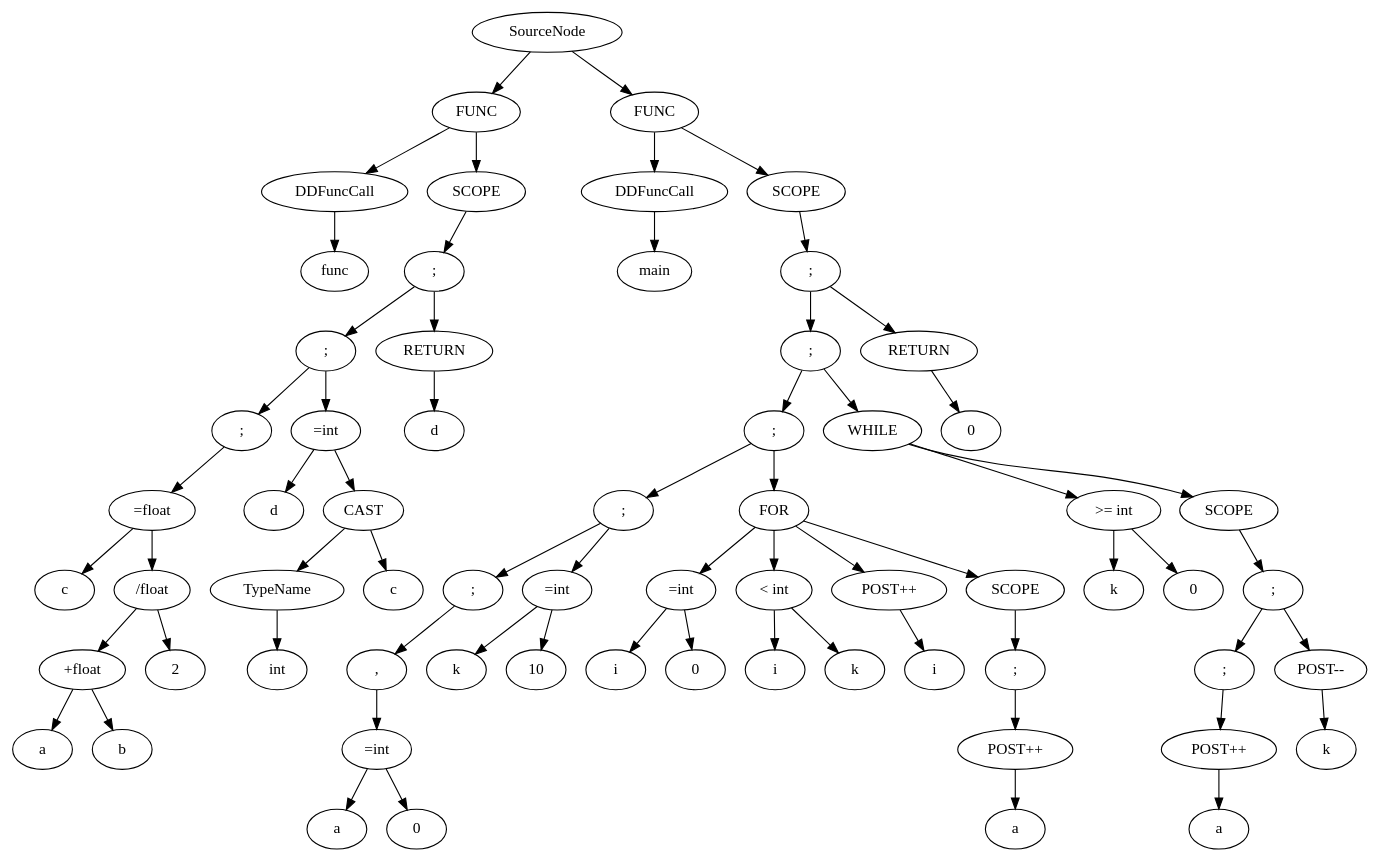
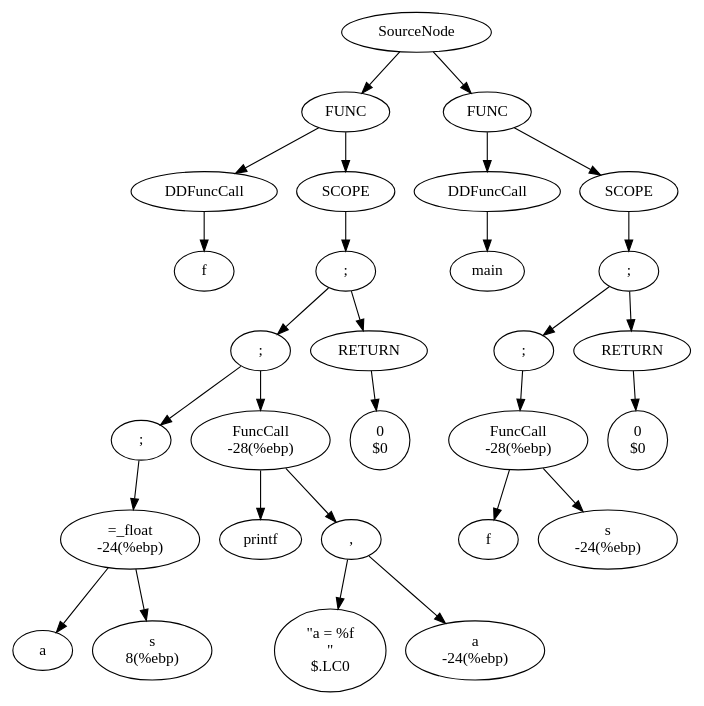
Before and after one commit to SupreethBaliga/Compilers: the diagram in dot/test1.dot, drawn with Graphviz. The commit also changed 5 other files, not shown here.

```diff
--- a/dot/test1.dot
+++ b/dot/test1.dot
@@ -3,271 +3,154 @@
 	node [label="\N"];
 	{
 		graph [rank=same];
-		2		 [label=func];
+		2		 [label="f
+"];
 	}
 	{
 		graph [rank=same];
-		10		 [label=a];
-		11		 [label=b];
-		10 -> 11		 [style=invis];
+		7		 [label="a
+"];
+		8		 [label="s
+8(%ebp)"];
+		7 -> 8		 [style=invis];
 	}
 	{
 		graph [rank=same];
-		12		 [label="+float"];
-		13		 [label=2];
+		9		 [label="=_float
+-24(%ebp)"];
+	}
+	{
+		graph [rank=same];
+		12		 [label="\"a = %f\n\"
+$.LC0"];
+		13		 [label="a
+-24(%ebp)"];
 		12 -> 13		 [style=invis];
 	}
 	{
 		graph [rank=same];
-		9		 [label=c];
-		14		 [label="/float"];
-		9 -> 14		 [style=invis];
+		11		 [label="printf
+"];
+		14		 [label=",
+"];
+		11 -> 14		 [style=invis];
 	}
 	{
 		graph [rank=same];
-		15		 [label="=float"];
+		10		 [label=";
+"];
+		15		 [label="FuncCall
+-28(%ebp)"];
+		10 -> 15		 [style=invis];
 	}
 	{
 		graph [rank=same];
-		19		 [label=int];
+		17		 [label="0
+$0"];
 	}
 	{
 		graph [rank=same];
-		20		 [label=TypeName];
-		21		 [label=c];
-		20 -> 21		 [style=invis];
+		16		 [label=";
+"];
+		18		 [label="RETURN
+"];
+		16 -> 18		 [style=invis];
 	}
 	{
 		graph [rank=same];
-		18		 [label=d];
-		22		 [label=CAST];
-		18 -> 22		 [style=invis];
+		19		 [label=";
+"];
 	}
 	{
 		graph [rank=same];
-		16		 [label=";"];
-		23		 [label="=int"];
-		16 -> 23		 [style=invis];
+		5		 [label="DDFuncCall
+"];
+		20		 [label="SCOPE
+"];
+		5 -> 20		 [style=invis];
 	}
 	{
 		graph [rank=same];
-		25		 [label=d];
+		21		 [label="FUNC
+"];
 	}
 	{
 		graph [rank=same];
-		24		 [label=";"];
-		26		 [label=RETURN];
-		24 -> 26		 [style=invis];
+		23		 [label="main
+"];
 	}
 	{
 		graph [rank=same];
-		27		 [label=";"];
+		27		 [label="f
+"];
+		28		 [label="s
+-24(%ebp)"];
+		27 -> 28		 [style=invis];
 	}
 	{
 		graph [rank=same];
-		7		 [label=DDFuncCall];
-		28		 [label=SCOPE];
-		7 -> 28		 [style=invis];
+		29		 [label="FuncCall
+-28(%ebp)"];
 	}
 	{
 		graph [rank=same];
-		31		 [label=main];
+		31		 [label="0
+$0"];
 	}
 	{
 		graph [rank=same];
-		35		 [label=a];
-		36		 [label=0];
-		35 -> 36		 [style=invis];
+		30		 [label=";
+"];
+		32		 [label="RETURN
+"];
+		30 -> 32		 [style=invis];
 	}
 	{
 		graph [rank=same];
-		37		 [label="=int"];
+		33		 [label=";
+"];
 	}
 	{
 		graph [rank=same];
-		38		 [label=","];
+		24		 [label="DDFuncCall
+"];
+		34		 [label="SCOPE
+"];
+		24 -> 34		 [style=invis];
 	}
 	{
 		graph [rank=same];
-		40		 [label=k];
-		42		 [label=10];
-		40 -> 42		 [style=invis];
+		35		 [label="FUNC
+"];
 	}
-	{
-		graph [rank=same];
-		39		 [label=";"];
-		41		 [label="=int"];
-		39 -> 41		 [style=invis];
-	}
-	{
-		graph [rank=same];
-		45		 [label=i];
-		46		 [label=0];
-		45 -> 46		 [style=invis];
-	}
-	{
-		graph [rank=same];
-		48		 [label=i];
-		49		 [label=k];
-		48 -> 49		 [style=invis];
-	}
-	{
-		graph [rank=same];
-		51		 [label=i];
-	}
-	{
-		graph [rank=same];
-		53		 [label=a];
-	}
-	{
-		graph [rank=same];
-		54		 [label="POST++"];
-	}
-	{
-		graph [rank=same];
-		55		 [label=";"];
-	}
-	{
-		graph [rank=same];
-		47		 [label="=int"];
-		50		 [label="< int"];
-		47 -> 50		 [style=invis];
-		52		 [label="POST++"];
-		50 -> 52		 [style=invis];
-		56		 [label=SCOPE];
-		52 -> 56		 [style=invis];
-	}
-	{
-		graph [rank=same];
-		43		 [label=";"];
-		57		 [label=FOR];
-		43 -> 57		 [style=invis];
-	}
-	{
-		graph [rank=same];
-		59		 [label=k];
-		60		 [label=0];
-		59 -> 60		 [style=invis];
-	}
-	{
-		graph [rank=same];
-		64		 [label=a];
-	}
-	{
-		graph [rank=same];
-		65		 [label="POST++"];
-	}
-	{
-		graph [rank=same];
-		67		 [label=k];
-	}
-	{
-		graph [rank=same];
-		66		 [label=";"];
-		68		 [label="POST--"];
-		66 -> 68		 [style=invis];
-	}
-	{
-		graph [rank=same];
-		69		 [label=";"];
-	}
-	{
-		graph [rank=same];
-		61		 [label=">= int"];
-		70		 [label=SCOPE];
-		61 -> 70		 [style=invis];
-	}
-	{
-		graph [rank=same];
-		58		 [label=";"];
-		71		 [label=WHILE];
-		58 -> 71		 [style=invis];
-	}
-	{
-		graph [rank=same];
-		73		 [label=0];
-	}
-	{
-		graph [rank=same];
-		72		 [label=";"];
-		74		 [label=RETURN];
-		72 -> 74		 [style=invis];
-	}
-	{
-		graph [rank=same];
-		75		 [label=";"];
-	}
-	{
-		graph [rank=same];
-		32		 [label=DDFuncCall];
-		76		 [label=SCOPE];
-		32 -> 76		 [style=invis];
-	}
-	0	 [label=SourceNode];
-	29	 [label=FUNC];
-	0 -> 29;
-	77	 [label=FUNC];
-	0 -> 77;
-	7 -> 2;
-	12 -> 10;
-	12 -> 11;
+	0	 [label="SourceNode
+"];
+	0 -> 21;
+	0 -> 35;
+	5 -> 2;
+	9 -> 7;
+	9 -> 8;
+	10 -> 9;
 	14 -> 12;
 	14 -> 13;
-	15 -> 9;
+	15 -> 11;
 	15 -> 14;
+	16 -> 10;
 	16 -> 15;
+	18 -> 17;
+	19 -> 16;
+	19 -> 18;
 	20 -> 19;
-	22 -> 20;
-	22 -> 21;
-	23 -> 18;
-	23 -> 22;
-	24 -> 16;
+	21 -> 5;
+	21 -> 20;
 	24 -> 23;
-	26 -> 25;
-	27 -> 24;
-	27 -> 26;
-	28 -> 27;
-	29 -> 7;
+	29 -> 27;
 	29 -> 28;
+	30 -> 29;
 	32 -> 31;
-	37 -> 35;
-	37 -> 36;
-	38 -> 37;
-	39 -> 38;
-	41 -> 40;
-	41 -> 42;
-	43 -> 39;
-	43 -> 41;
-	47 -> 45;
-	47 -> 46;
-	50 -> 48;
-	50 -> 49;
-	52 -> 51;
-	54 -> 53;
-	55 -> 54;
-	56 -> 55;
-	57 -> 47;
-	57 -> 50;
-	57 -> 52;
-	57 -> 56;
-	58 -> 43;
-	58 -> 57;
-	61 -> 59;
-	61 -> 60;
-	65 -> 64;
-	66 -> 65;
-	68 -> 67;
-	69 -> 66;
-	69 -> 68;
-	70 -> 69;
-	71 -> 61;
-	71 -> 70;
-	72 -> 58;
-	72 -> 71;
-	74 -> 73;
-	75 -> 72;
-	75 -> 74;
-	76 -> 75;
-	77 -> 32;
-	77 -> 76;
+	33 -> 30;
+	33 -> 32;
+	34 -> 33;
+	35 -> 24;
+	35 -> 34;
 }
```
